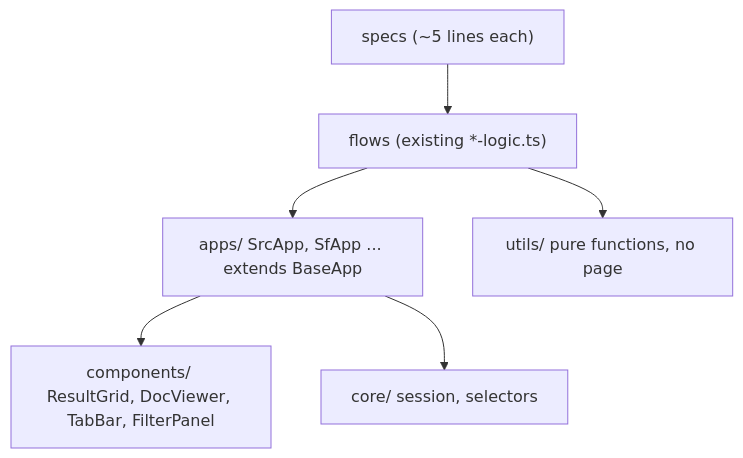
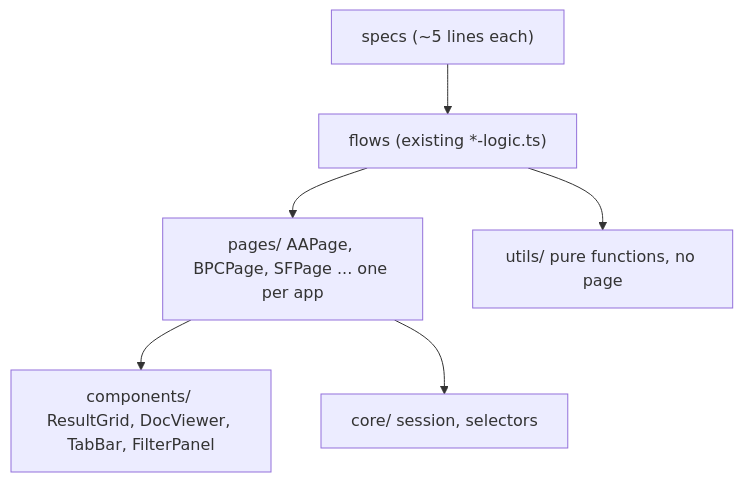
The diagram in POM-ARCHITECTURE.md (ali-nbs/playwright-practice), drawn with Mermaid before and after one commit. The commit also changed other lines of this file, not shown here.

````diff
--- a/POM-ARCHITECTURE.md
+++ b/POM-ARCHITECTURE.md
@@ -122,8 +139,8 @@
 ```mermaid
 graph TD
     A["specs (~5 lines each)"] --> B["flows (existing *-logic.ts)"]
-    B --> C["apps/ SrcApp, SfApp ... extends BaseApp"]
+    B --> C["pages/ AAPage, BPCPage, SFPage ... one per app"]
     C --> D["components/ ResultGrid, DocViewer, TabBar, FilterPanel"]
     C --> E["core/ session, selectors"]
     B --> F["utils/ pure functions, no page"]
 ```
````
